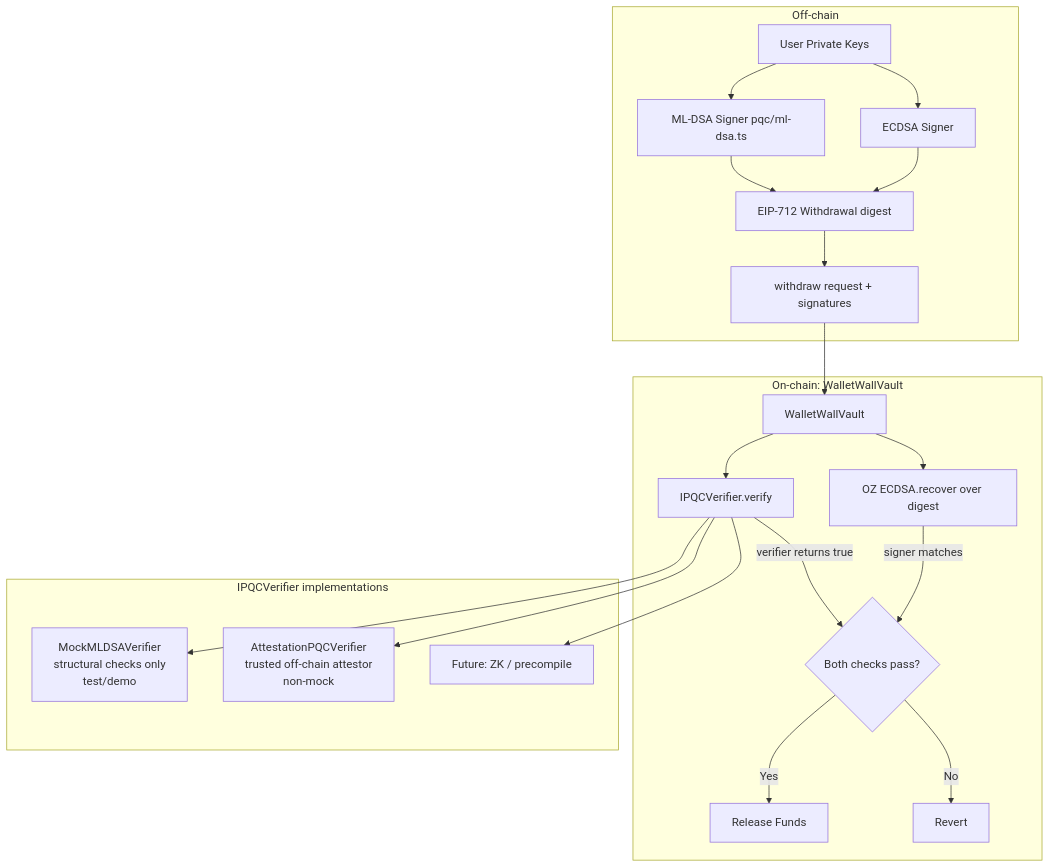
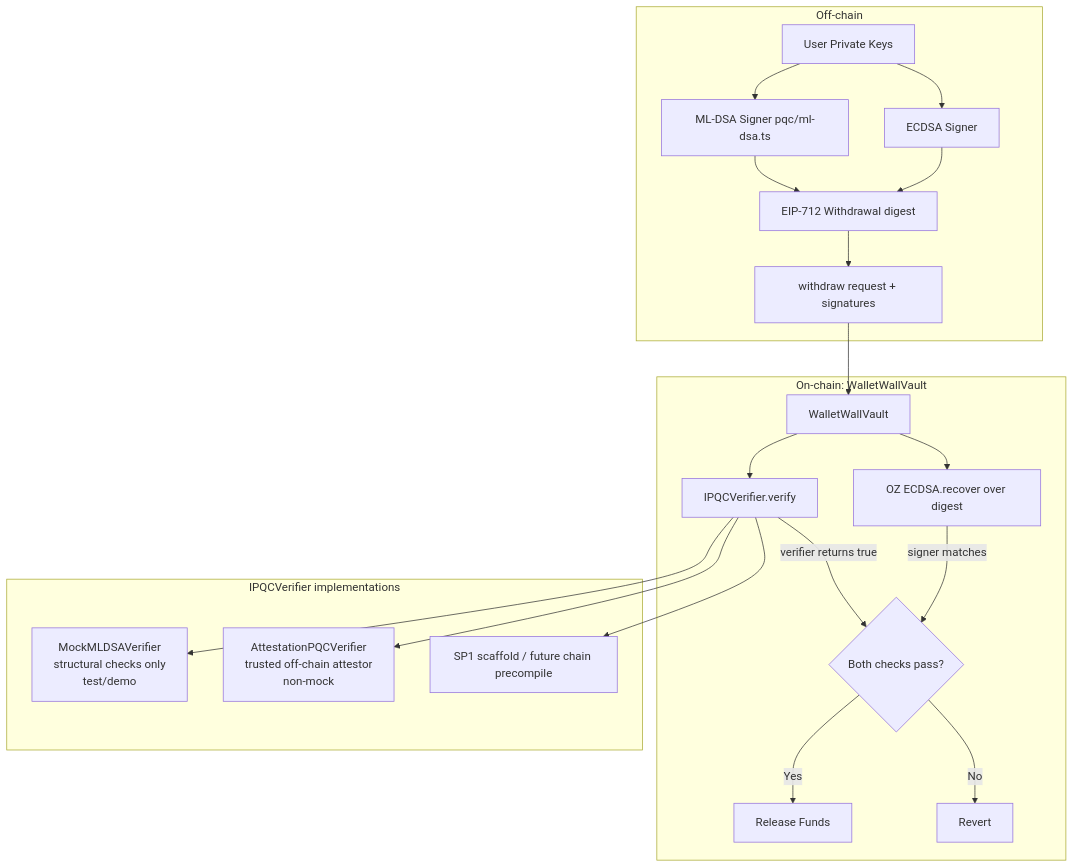
The diagram in docs/Architecture_Transition.md (Wallet-Wall/walletwall-vault), drawn with Mermaid before and after one commit. The commit also changed other lines of this file and 13 other files, not shown here.

````diff
--- a/docs/Architecture_Transition.md
+++ b/docs/Architecture_Transition.md
@@ -73,26 +77,26 @@
 ```mermaid
 graph TD
     subgraph "Off-chain"
         A[User Private Keys] --> B[ECDSA Signer]
         A --> C[ML-DSA Signer pqc/ml-dsa.ts]
         B --> D[EIP-712 Withdrawal digest]
         C --> D
         D --> E[withdraw request + signatures]
     end
 
     subgraph "On-chain: WalletWallVault"
         E --> F[WalletWallVault]
         F --> G[OZ ECDSA.recover over digest]
         F --> H[IPQCVerifier.verify]
         G -- signer matches --> I{Both checks pass?}
         H -- verifier returns true --> I
         I -- Yes --> J[Release Funds]
         I -- No --> K[Revert]
     end
 
     subgraph "IPQCVerifier implementations"
         H --> L[MockMLDSAVerifier\nstructural checks only\ntest/demo]
         H --> M[AttestationPQCVerifier\ntrusted off-chain attestor\nnon-mock]
-        H --> N[Future: ZK / precompile]
+        H --> N[SP1 scaffold / future chain precompile]
     end
 ```
````
